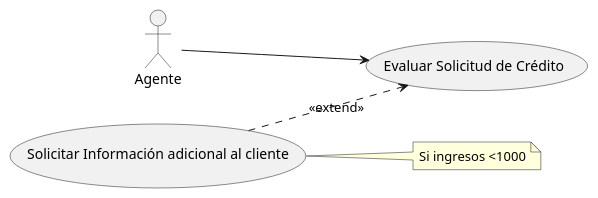
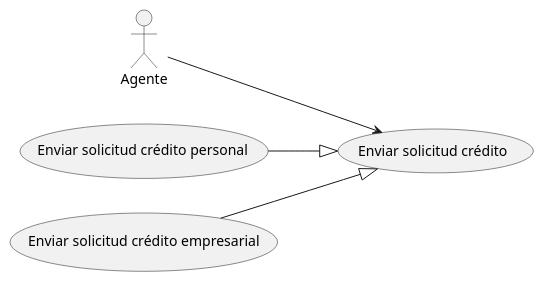
Before and after one commit to sergikarx/casos-de-uso-con-PlantUml-II-Sergio-Aroca: the diagram in src/casos_de_uso_con_PlantUml_IISAM.puml, drawn with PlantUML. The commit also changed 1 other file, not shown here.

```diff
--- a/src/casos_de_uso_con_PlantUml_IISAM.puml
+++ b/src/casos_de_uso_con_PlantUml_IISAM.puml
@@ -1,15 +1,15 @@
 @startuml
 left to right direction
 :Agente: as Actor
 
+(Enviar solicitud crédito) as Enviar
+(Enviar solicitud crédito personal) as EnviarPersonal
+(Enviar solicitud crédito empresarial) as EnviarEmpresarial
 
-(Evaluar Solicitud de Crédito) as Evaluar
-(Solicitar Información adicional al cliente) as Solicitar
+Actor --> Enviar
 
-Actor --> Evaluar
-Solicitar ..>"<<extend>>" Evaluar
-note right of Solicitar
-Si ingresos <1000
-end note
+EnviarPersonal --|> Enviar
+EnviarEmpresarial --|> Enviar
+
 
 @enduml
```
